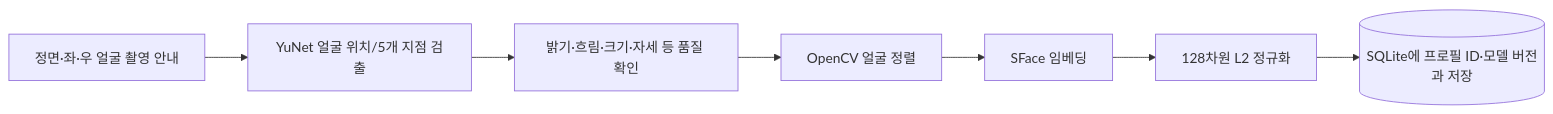
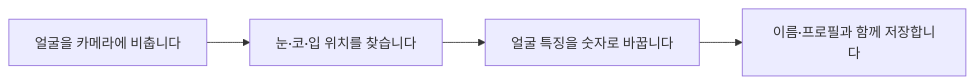
Before and after one commit to SkyBluekor/APPPOFO-PUBLIC: the first of 3 diagrams in Docs/ARCHITECTURE.md, drawn with Mermaid. The commit also changed other lines of this file and 5 other files, not shown here.

````diff
--- a/Docs/ARCHITECTURE.md
+++ b/Docs/ARCHITECTURE.md
@@ -39,9 +11,6 @@
 ```mermaid
 flowchart LR
-    A["정면·좌·우 얼굴 촬영 안내"] --> B["YuNet 얼굴 위치/5개 지점 검출"]
-    B --> C["밝기·흐림·크기·자세 등 품질 확인"]
-    C --> D["OpenCV 얼굴 정렬"]
-    D --> E["SFace 임베딩"]
-    E --> F["128차원 L2 정규화"]
-    F --> G[("SQLite에 프로필 ID·모델 버전과 저장")]
+ A["얼굴을 카메라에 비춥니다"] --> B["눈·코·입 위치를 찾습니다"]
+ B --> C["얼굴 특징을 숫자로 바꿉니다"]
+ C --> D["이름·프로필과 함께 저장합니다"]
 ```
````
